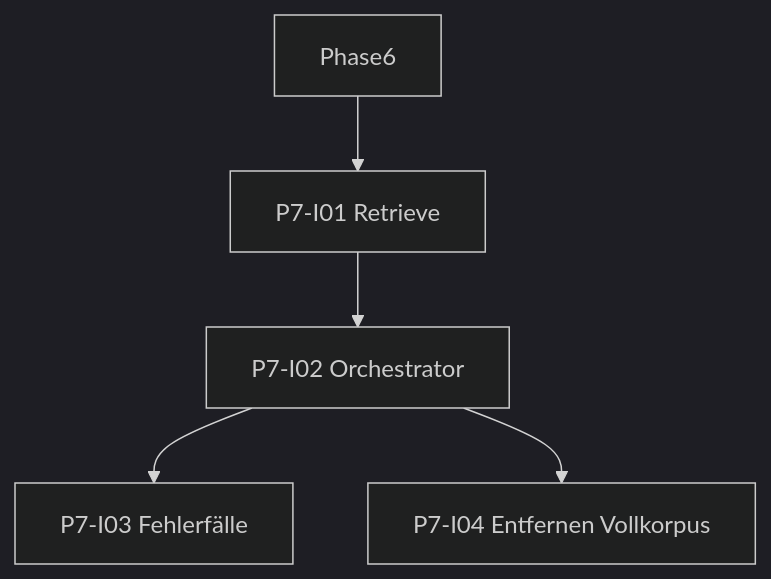
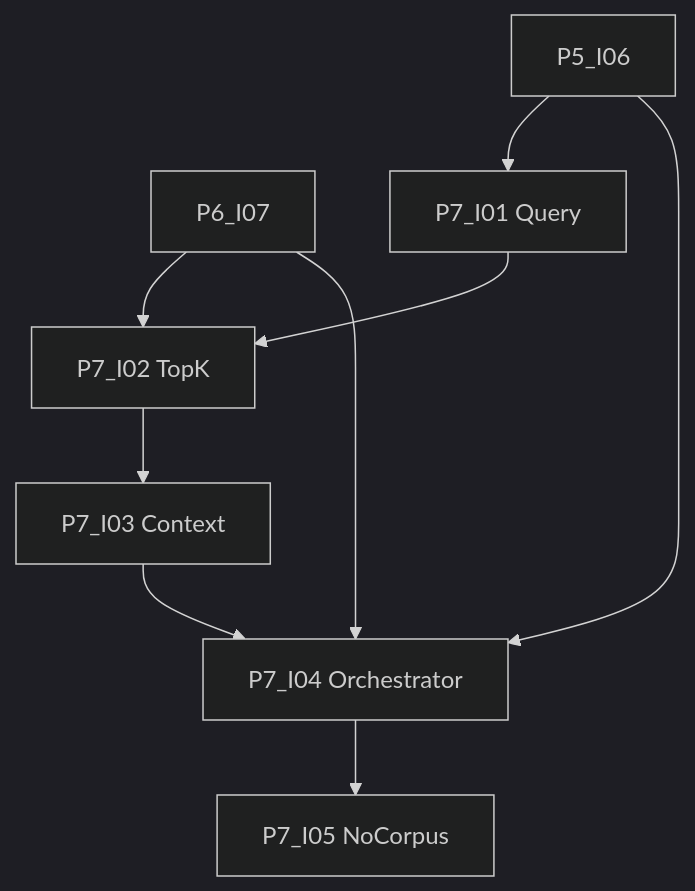
One commit to YannikG/ffhs-gkisw-obsidian-plugin changed the diagram in docs/roadmap/phase-7/README.md. Above: the diagram before and after it, drawn with Mermaid (dark theme). The commit also changed other lines of this file and 7 other files, not shown here.

````diff
--- a/docs/roadmap/phase-7/README.md
+++ b/docs/roadmap/phase-7/README.md
@@ -21,12 +27,18 @@
 ```mermaid
 flowchart TD
-  P6[Phase6]
-  I01[P7-I01 Retrieve]
-  I02[P7-I02 Orchestrator]
-  I03[P7-I03 Fehlerfälle]
-  I04[P7-I04 Entfernen Vollkorpus]
-  P6 --> I01
+  P6DoD[P6_I07]
+  P5E2E[P5_I06]
+  I01[P7_I01 Query]
+  I02[P7_I02 TopK]
+  I03[P7_I03 Context]
+  I04[P7_I04 Orchestrator]
+  I05[P7_I05 NoCorpus]
+  P6DoD --> I02
+  P5E2E --> I01
   I01 --> I02
   I02 --> I03
-  I02 --> I04
+  I03 --> I04
+  P5E2E --> I04
+  P6DoD --> I04
+  I04 --> I05
 ```
````
